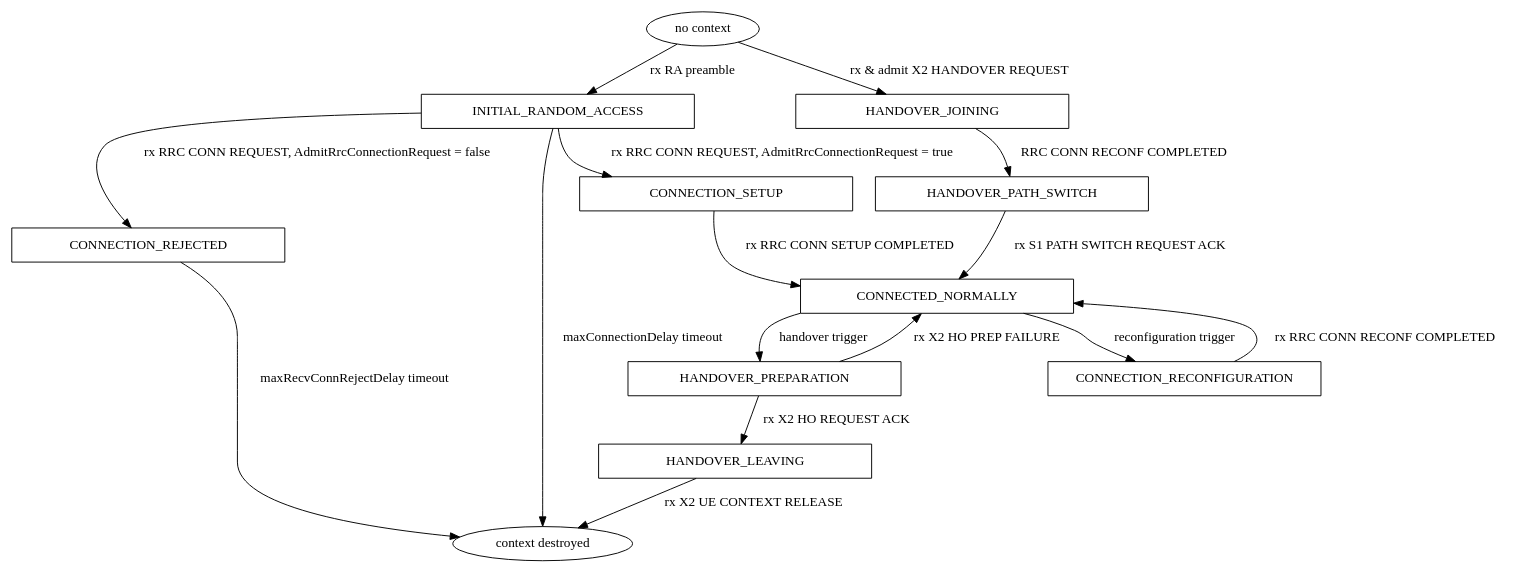
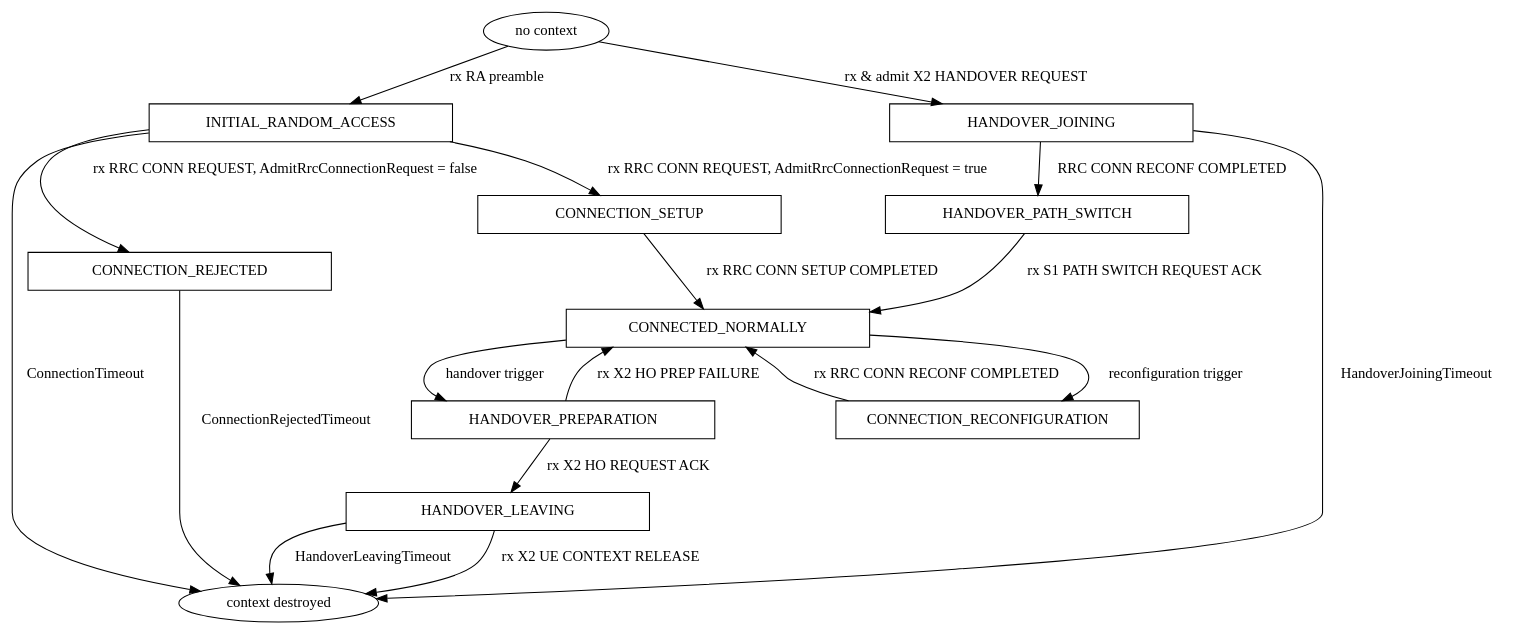
The diagram in src/lte/doc/source/figures/lte-enb-rrc-states.dot (tkn-tub/ns3-gym), drawn with Graphviz before and after one commit. The commit also changed 2 other files, not shown here.

```diff
--- a/src/lte/doc/source/figures/lte-enb-rrc-states.dot
+++ b/src/lte/doc/source/figures/lte-enb-rrc-states.dot
@@ -1,35 +1,37 @@
 digraph LteEnbRrcStates {
 
 size="20,20"
 
 
 NO_CONTEXT [shape="ellipse", label="no context"]
 INITIAL_RANDOM_ACCESS  [shape="box",width=4]
 CONNECTION_SETUP [shape="box",width=4]
 CONNECTION_REJECTED [shape="box",width=4] 
 CONNECTED_NORMALLY [shape="box",width=4] 
 CONNECTION_RECONFIGURATION [shape="box",width=4] 
 HANDOVER_PREPARATION [shape="box",width=4] 
 HANDOVER_JOINING [shape="box",width=4] 
 HANDOVER_PATH_SWITCH [shape="box",width=4] 
 HANDOVER_LEAVING [shape="box",width=4]
 CONTEXT_DESTROYED [shape="ellipse", label="context destroyed"]
 
 NO_CONTEXT -> INITIAL_RANDOM_ACCESS [label="rx RA preamble",labeldistance=0]
 INITIAL_RANDOM_ACCESS -> CONNECTION_REJECTED [label="rx RRC CONN REQUEST, AdmitRrcConnectionRequest = false"]
-CONNECTION_REJECTED -> CONTEXT_DESTROYED [label="maxRecvConnRejectDelay timeout"]
-INITIAL_RANDOM_ACCESS -> CONTEXT_DESTROYED [label="maxConnectionDelay timeout"]
+CONNECTION_REJECTED -> CONTEXT_DESTROYED [label="ConnectionRejectedTimeout"]
+INITIAL_RANDOM_ACCESS -> CONTEXT_DESTROYED [label="ConnectionTimeout"]
 INITIAL_RANDOM_ACCESS -> CONNECTION_SETUP [label="rx RRC CONN REQUEST, AdmitRrcConnectionRequest = true"]
 CONNECTION_SETUP -> CONNECTED_NORMALLY [label="rx RRC CONN SETUP COMPLETED"]
 CONNECTED_NORMALLY -> CONNECTION_RECONFIGURATION [label="reconfiguration trigger"]
 CONNECTION_RECONFIGURATION -> CONNECTED_NORMALLY [label="rx RRC CONN RECONF COMPLETED"]
 CONNECTED_NORMALLY -> HANDOVER_PREPARATION [label="handover trigger"]
 HANDOVER_PREPARATION -> CONNECTED_NORMALLY [label="rx X2 HO PREP FAILURE"]
 HANDOVER_PREPARATION -> HANDOVER_LEAVING [label="rx X2 HO REQUEST ACK"]
 HANDOVER_LEAVING -> CONTEXT_DESTROYED [label="rx X2 UE CONTEXT RELEASE"]
+HANDOVER_LEAVING -> CONTEXT_DESTROYED [label="HandoverLeavingTimeout"]
 NO_CONTEXT -> HANDOVER_JOINING [label="rx & admit X2 HANDOVER REQUEST"]
 HANDOVER_JOINING -> HANDOVER_PATH_SWITCH [label="RRC CONN RECONF COMPLETED"]
+HANDOVER_JOINING -> CONTEXT_DESTROYED [label="HandoverJoiningTimeout"]
 HANDOVER_PATH_SWITCH -> CONNECTED_NORMALLY [label="rx S1 PATH SWITCH REQUEST ACK"]
 
 
 }
```
